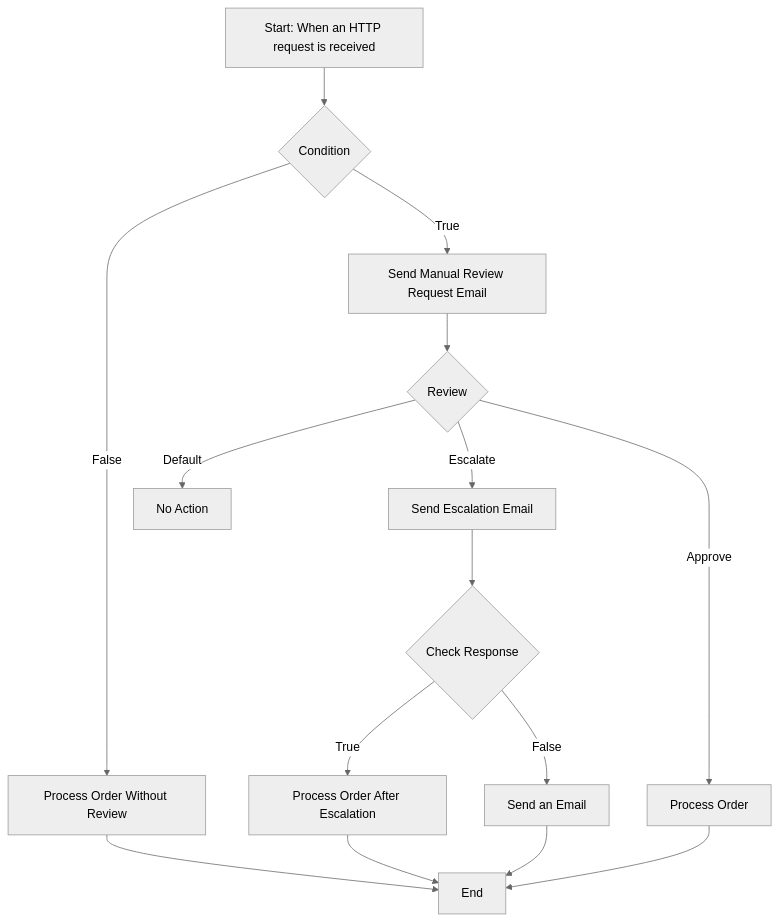
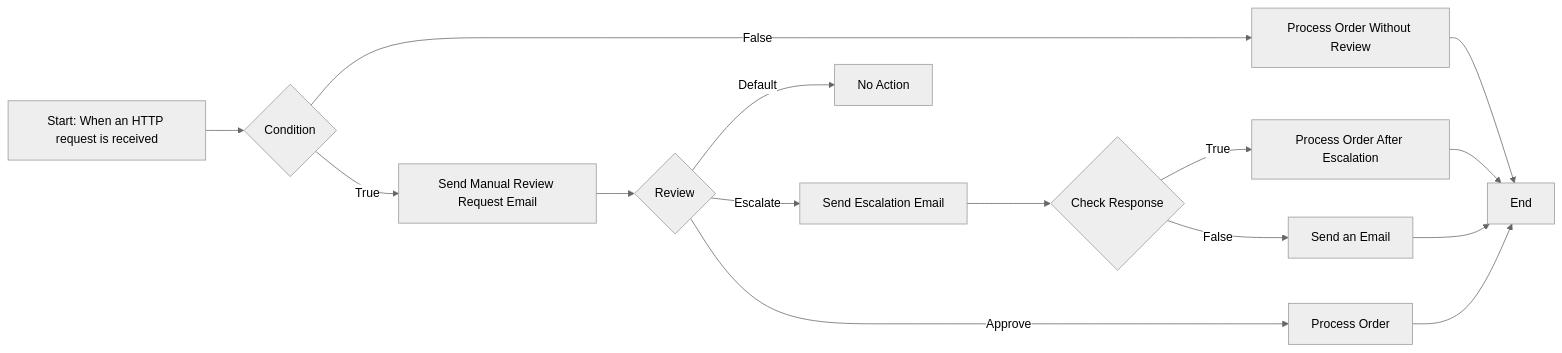
Before and after one commit to uwspstar/20-Day-Challenge-List: the diagram in C#/Azure/Azure Logic App/Azure Logic App workflow.md, drawn with Mermaid (neutral theme).

Commit message:
Update Azure Logic App workflow.md

````diff
--- a/C#/Azure/Azure Logic App/Azure Logic App workflow.md
+++ b/C#/Azure/Azure Logic App/Azure Logic App workflow.md
@@ -3,17 +3,17 @@
 ```mermaid
-graph TD
+graph LR
     A[Start: When an HTTP request is received] --> B{Condition}
     B -->|True| C[Send Manual Review Request Email]
     C --> D{Review}
     D -->|Approve| E[Process Order]
     D -->|Escalate| F[Send Escalation Email]
     F --> G{Check Response}
     G -->|True| H[Process Order After Escalation]
     G -->|False| I[Send an Email]
     D -->|Default| J[No Action]
     B -->|False| K[Process Order Without Review]
     K --> L[End]
     H --> L
     I --> L
     E --> L
 ```
````
